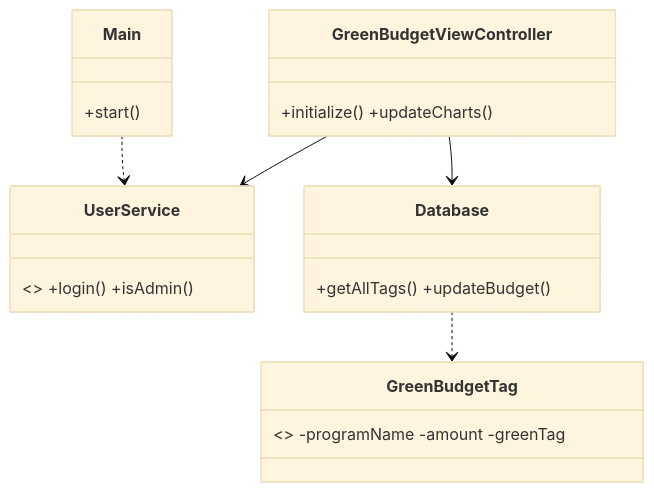
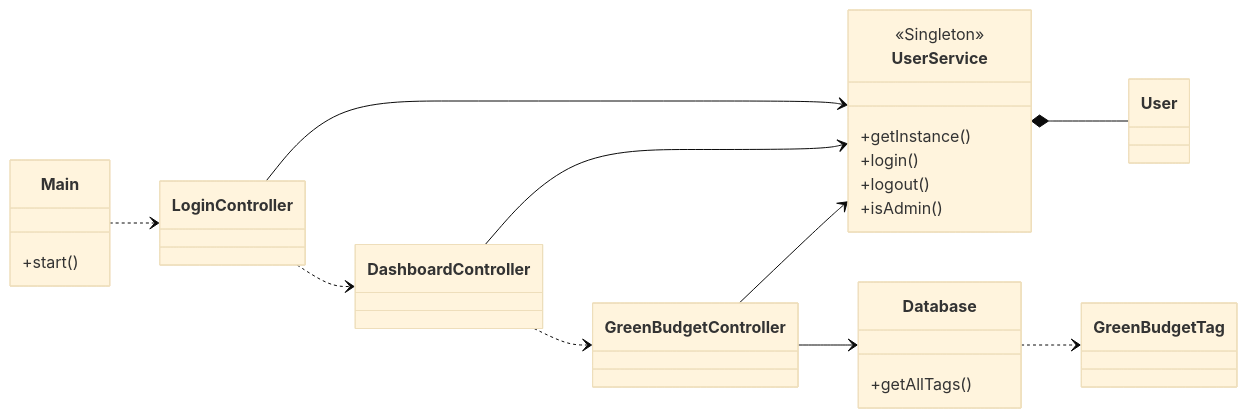
Before and after one commit to Kostaflo/green-budget-manager: the diagram in README.md, drawn with Mermaid (base theme).

````diff
--- a/README.md
+++ b/README.md
@@ -69,13 +69,48 @@
 ```mermaid
 classDiagram
-    class Main { +start() }
-    class UserService { <<Singleton>> +login() +isAdmin() }
-    class Database { +getAllTags() +updateBudget() }
-    class GreenBudgetViewController { +initialize() +updateCharts() }
-    class GreenBudgetTag { <<DTO>> -programName -amount -greenTag }
+    direction LR
 
-    Main ..> UserService
-    GreenBudgetViewController --> Database
-    GreenBudgetViewController --> UserService
+    class Main {
+        +start()
+    }
+
+    class UserService {
+        <<Singleton>>
+        +getInstance()
+        +login()
+        +logout()
+        +isAdmin()
+    }
+
+    class Database {
+        +getAllTags()
+    }
+
+    class LoginController {
+    }
+
+    class DashboardController {
+    }
+
+    class GreenBudgetController {
+    }
+
+    class User {
+    }
+
+    class GreenBudgetTag {
+    }
+
+    %% Σχέσεις
+    Main ..> LoginController
+    LoginController ..> DashboardController
+    DashboardController ..> GreenBudgetController
+
+    LoginController --> UserService
+    DashboardController --> UserService
+    GreenBudgetController --> UserService
+
+    GreenBudgetController --> Database
     Database ..> GreenBudgetTag
+    UserService *-- User
 ```
````
